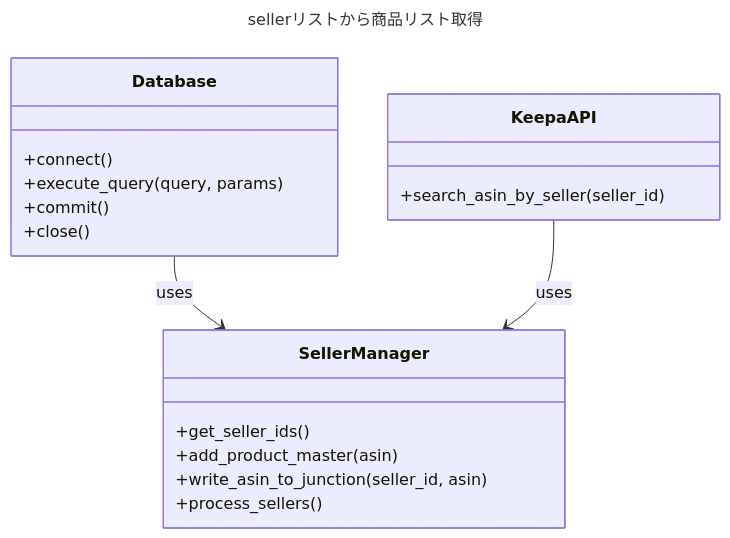
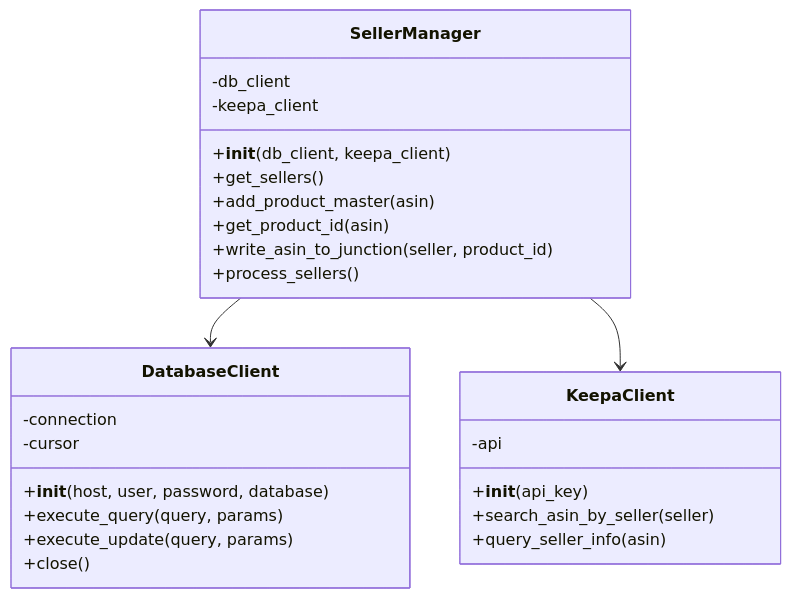
Before and after one commit to Hanato238/ASIN_search_dev: the diagram in CLS/research_CLS_get_asin.md, drawn with Mermaid. The commit also changed 16 other files, not shown here.

````diff
--- a/CLS/research_CLS_get_asin.md
+++ b/CLS/research_CLS_get_asin.md
@@ -1,27 +1,34 @@
 ```mermaid
----
-title: 'sellerリストから商品リスト取得'
----
 classDiagram
-    class Database {
-        +connect()
+    class DatabaseClient {
+        -connection
+        -cursor
+        +__init__(host, user, password, database)
         +execute_query(query, params)
-        +commit()
+        +execute_update(query, params)
         +close()
     }
 
-    class KeepaAPI {
-        +search_asin_by_seller(seller_id)
+    class KeepaClient {
+        -api
+        +__init__(api_key)
+        +search_asin_by_seller(seller)
+        +query_seller_info(asin)
     }
 
     class SellerManager {
-        +get_seller_ids()
+        -db_client
+        -keepa_client
+        +__init__(db_client, keepa_client)
+        +get_sellers()
         +add_product_master(asin)
-        +write_asin_to_junction(seller_id, asin)
+        +get_product_id(asin)
+        +write_asin_to_junction(seller, product_id)
         +process_sellers()
     }
 
-    Database --> SellerManager : uses
-    KeepaAPI --> SellerManager : uses
+    SellerManager --> DatabaseClient
+    SellerManager --> KeepaClient
+
 
 ```
````
